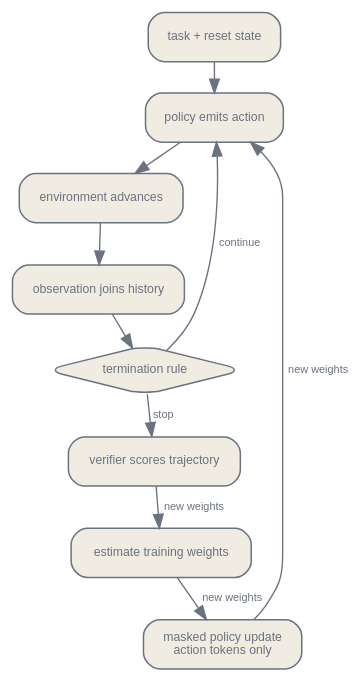
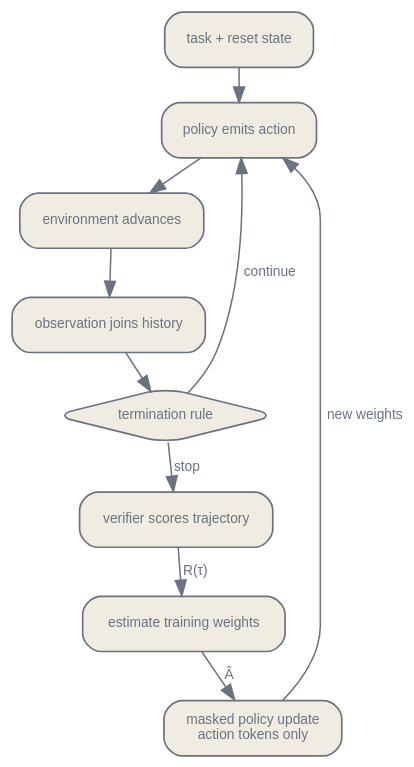
One commit to latere-ai/ai-as-an-infrastructure changed the diagram in en/orchestration/01-training-agents-to-act.qmd. Above: the diagram before and after it, drawn with Graphviz. The commit also changed 1 other file, not shown here.

Commit message:
orchestration: rl loop names its return, advantage and new-weights edges once, edge text at 9 pt

````diff
--- a/en/orchestration/01-training-agents-to-act.qmd
+++ b/en/orchestration/01-training-agents-to-act.qmd
@@ -148,26 +148,27 @@
 ```{dot}
 //| label: fig-agent-rl-loop
 //| fig-cap: "One trajectory-training loop. The policy and environment alternate until a termination rule fires. A verifier then scores the recorded trajectory; an advantage estimator supplies training weights; and the policy update applies a provenance mask so only policy-generated action tokens enter the policy loss. Placement and scheduling choices are omitted here."
 digraph {
   bgcolor="transparent";
-  size="3.2,8.0";
   rankdir=TB;
   nodesep=0.2; ranksep=0.3;
   node [shape=box, style="rounded,filled", fontname="Helvetica", fontsize=9, color="#6b7280", fontcolor="#6b7280", fillcolor="#f1ece1", penwidth=1.1];
-  edge [fontsize=8, fontname="Helvetica", color="#6b7280", fontcolor="#6b7280"];
+  edge [fontsize=9, fontname="Helvetica", color="#6b7280", fontcolor="#6b7280"];
 
   TASK [label="task + reset state"];
   POLICY [label="policy emits action"];
   ENV [label="environment advances"];
   OBS [label="observation joins history"];
   TERM [label="termination rule", shape=diamond];
   VERIFY [label="verifier scores trajectory"];
   ADV [label="estimate training weights"];
   UPDATE [label="masked policy update\naction tokens only"];
 
   TASK -> POLICY -> ENV -> OBS -> TERM;
   TERM -> POLICY [label="continue"];
   TERM -> VERIFY [label="stop"];
-  VERIFY -> ADV -> UPDATE -> POLICY [label="new weights"];
+  VERIFY -> ADV [label="R(τ)"];
+  ADV -> UPDATE [label="Â"];
+  UPDATE -> POLICY [label="new weights"];
 }
 ```
````
